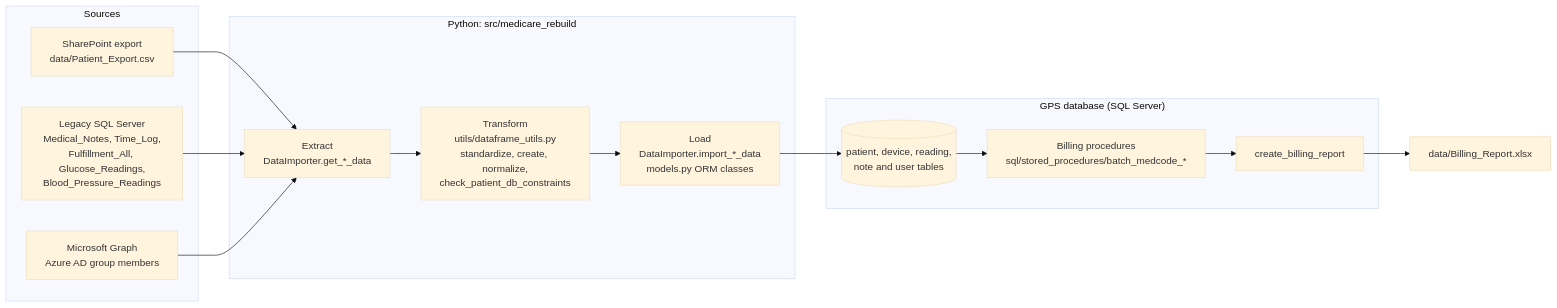
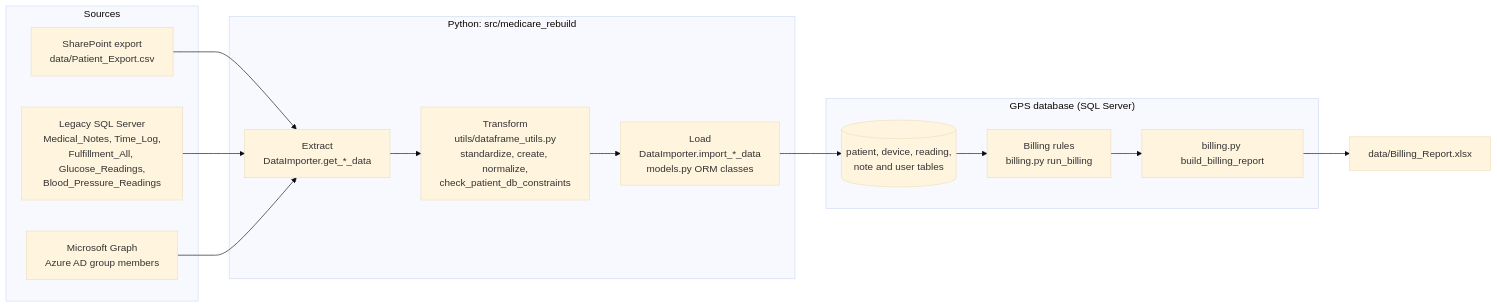
The diagram in README.md (chingdrop/medicare-rebuild), drawn with Mermaid (base theme) before and after one commit. The commit also changed other lines of this file and 10 other files, not shown here.

````diff
--- a/README.md
+++ b/README.md
@@ -26,23 +26,23 @@
 ```mermaid
 flowchart LR
     subgraph src["Sources"]
         SP["SharePoint export<br/>data/Patient_Export.csv"]
         LG["Legacy SQL Server<br/>Medical_Notes, Time_Log,<br/>Fulfillment_All, Glucose_Readings,<br/>Blood_Pressure_Readings"]
         MG["Microsoft Graph<br/>Azure AD group members"]
     end
     subgraph py["Python: src/medicare_rebuild"]
         EX["Extract<br/>DataImporter.get_*_data"]
         TR["Transform<br/>utils/dataframe_utils.py<br/>standardize, create, normalize,<br/>check_patient_db_constraints"]
         LD["Load<br/>DataImporter.import_*_data<br/>models.py ORM classes"]
     end
     subgraph gps["GPS database (SQL Server)"]
         DB[("patient, device, reading,<br/>note and user tables")]
-        BP["Billing procedures<br/>sql/stored_procedures/batch_medcode_*"]
-        RP["create_billing_report"]
+        BP["Billing rules<br/>billing.py run_billing"]
+        RP["billing.py build_billing_report"]
     end
     OUT["data/Billing_Report.xlsx"]
     SP --> EX
     LG --> EX
     MG --> EX
     EX --> TR --> LD --> DB --> BP --> RP --> OUT
 ```
````
